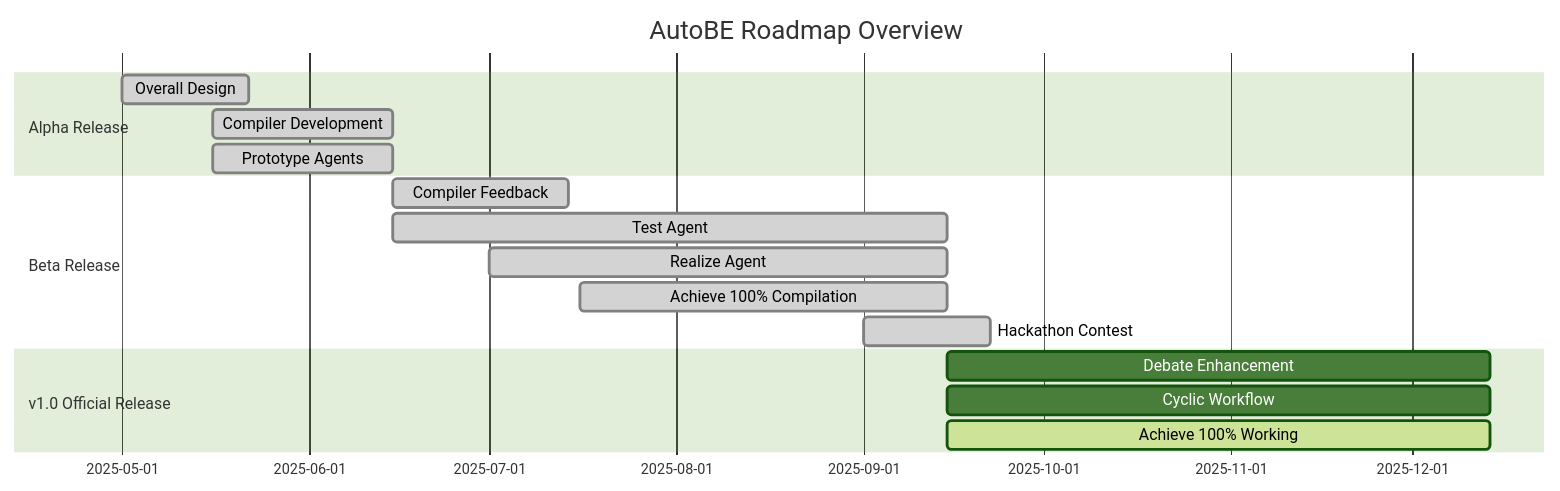
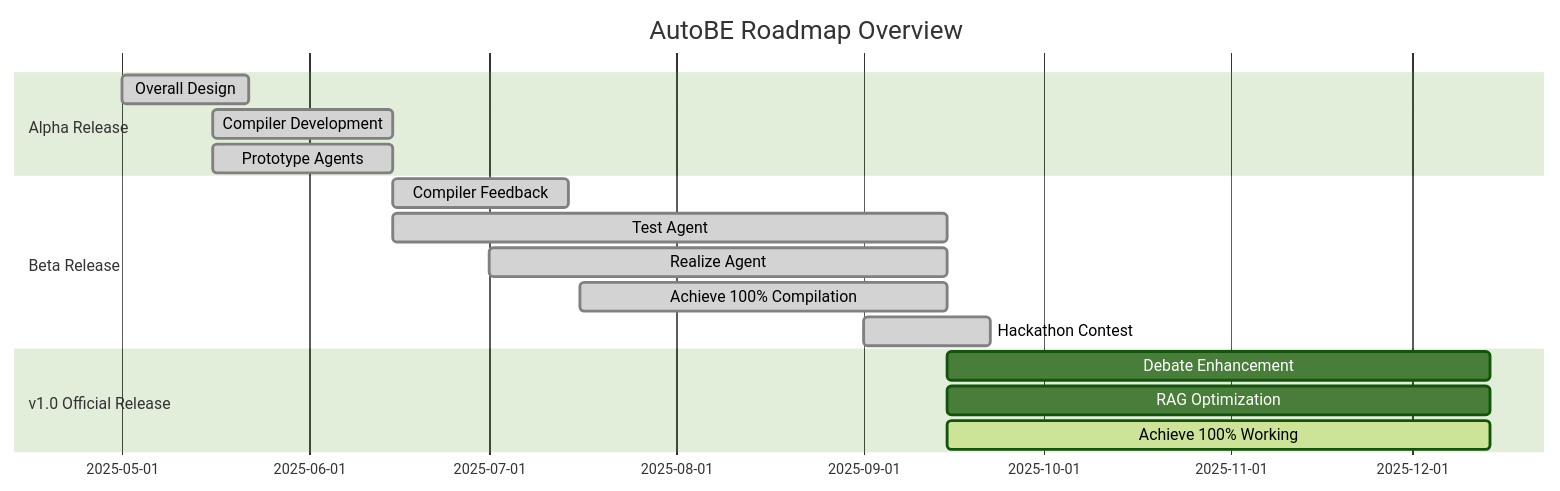
One commit to RavenView-ai/autobe changed the second of 2 diagrams in README.md. Above: the diagram before and after it, drawn with Mermaid (forest theme). The commit also changed 1 other file, not shown here.

Commit message:
Change roadmap label

````diff
--- a/README.md
+++ b/README.md
@@ -179,22 +179,22 @@
 ```mermaid
 gantt
   dateFormat YYYY-MM-DD
   title AutoBE Roadmap Overview
 
   section Alpha Release
   Overall Design: done, 2025-05-01, 21d
   Compiler Development: done, 2025-05-16, 30d
   Prototype Agents: done, 2025-05-16, 30d
 
   section Beta Release
   Compiler Feedback: done, 2025-06-15, 29d
   Test Agent: done, 2025-06-15, 92d
   Realize Agent: done, 2025-07-01, 76d
   Achieve 100% Compilation: done, 2025-07-16, 61d
   Hackathon Contest: done, 2025-09-01, 21d
 
   section v1.0 Official Release
   Debate Enhancement: planned, 2025-09-15, 90d
-  Cyclic Workflow: planned, 2025-09-15, 90d
+  RAG Optimization: planned, 2025-09-15, 90d
   Achieve 100% Working: active, 2025-09-15, 90d
 ```
````
